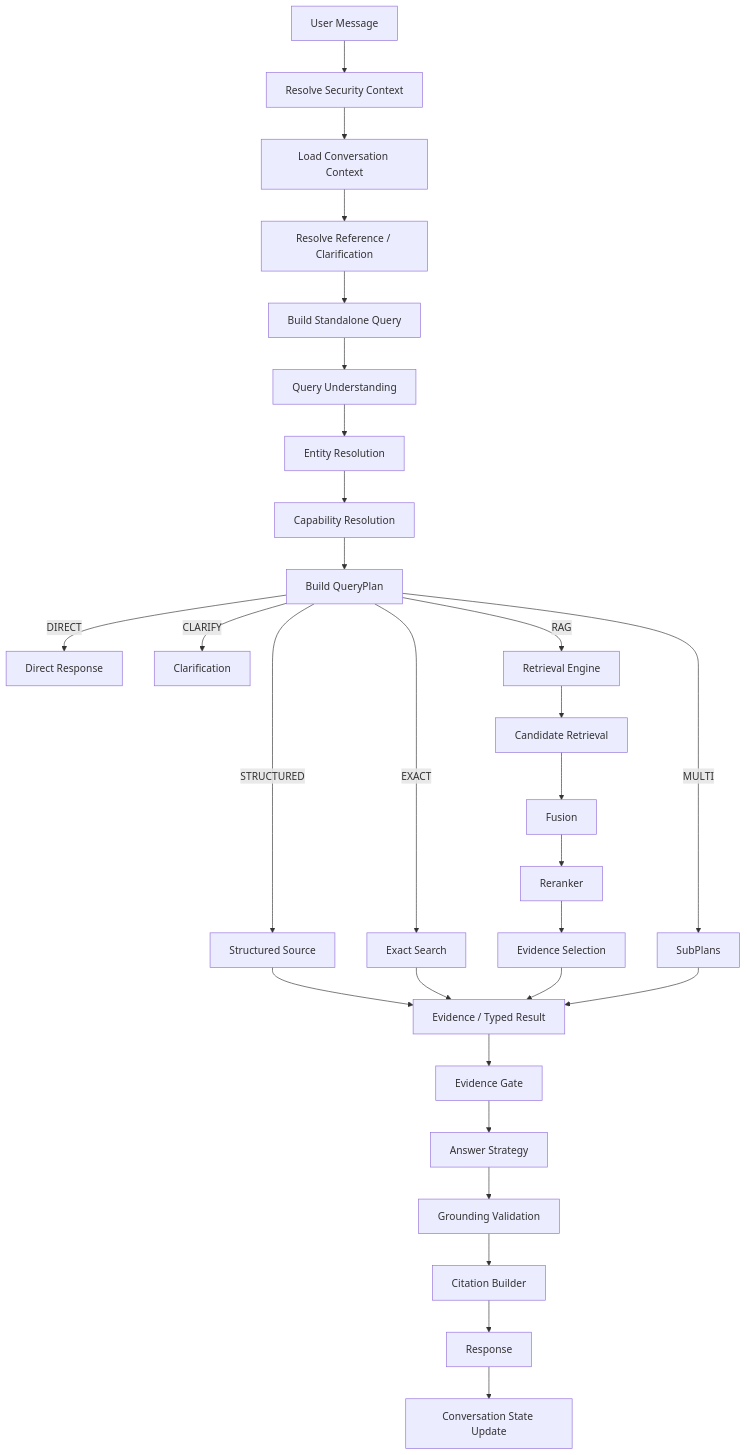
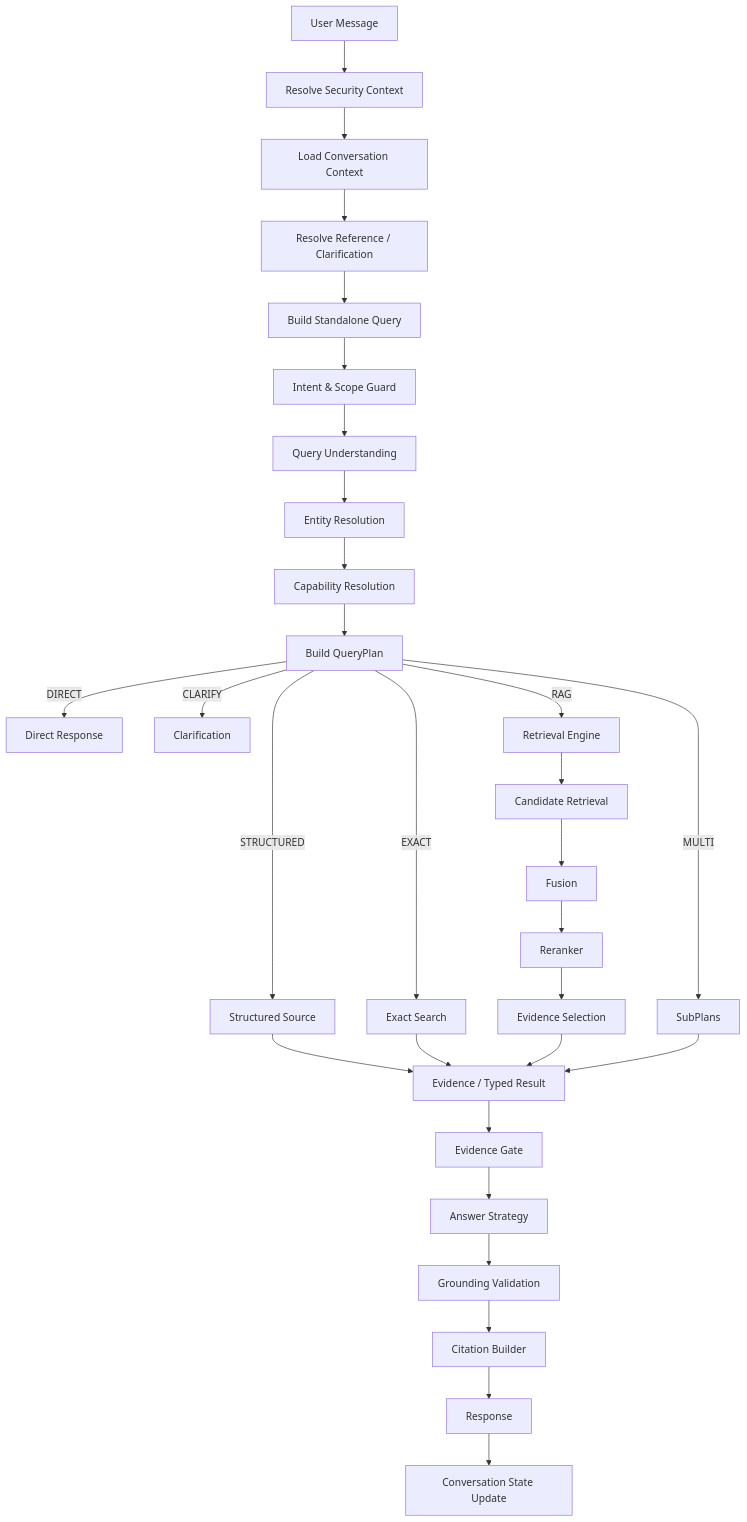
One commit to QVux13/Raglyra changed the diagram in docs/01-luong-hoi-dap/luong-xu-ly-cau-hoi.md. Above: the diagram before and after it, drawn with Mermaid. The commit also changed other lines of this file, not shown here.

Commit message:
docs: enforce explicit intent and scope guard in query flow

```diff
--- a/docs/01-luong-hoi-dap/luong-xu-ly-cau-hoi.md
+++ b/docs/01-luong-hoi-dap/luong-xu-ly-cau-hoi.md
@@ -11,35 +11,36 @@
 ~~~mermaid
 flowchart TD
     A[User Message] --> B[Resolve Security Context]
     B --> C[Load Conversation Context]
     C --> D[Resolve Reference / Clarification]
     D --> E[Build Standalone Query]
-    E --> F[Query Understanding]
+    E --> SG[Intent & Scope Guard]
+    SG --> F[Query Understanding]
     F --> G[Entity Resolution]
     G --> H[Capability Resolution]
     H --> I[Build QueryPlan]
 
     I -->|DIRECT| J[Direct Response]
     I -->|CLARIFY| K[Clarification]
     I -->|STRUCTURED| L[Structured Source]
     I -->|EXACT| M[Exact Search]
     I -->|RAG| N[Retrieval Engine]
     I -->|MULTI| O[SubPlans]
 
     N --> P[Candidate Retrieval]
     P --> Q[Fusion]
     Q --> R[Reranker]
     R --> S[Evidence Selection]
 
     L --> T[Evidence / Typed Result]
     M --> T
     S --> T
     O --> T
 
     T --> U[Evidence Gate]
     U --> V[Answer Strategy]
     V --> W[Grounding Validation]
     W --> X[Citation Builder]
     X --> Y[Response]
     Y --> Z[Conversation State Update]
 ~~~
```
